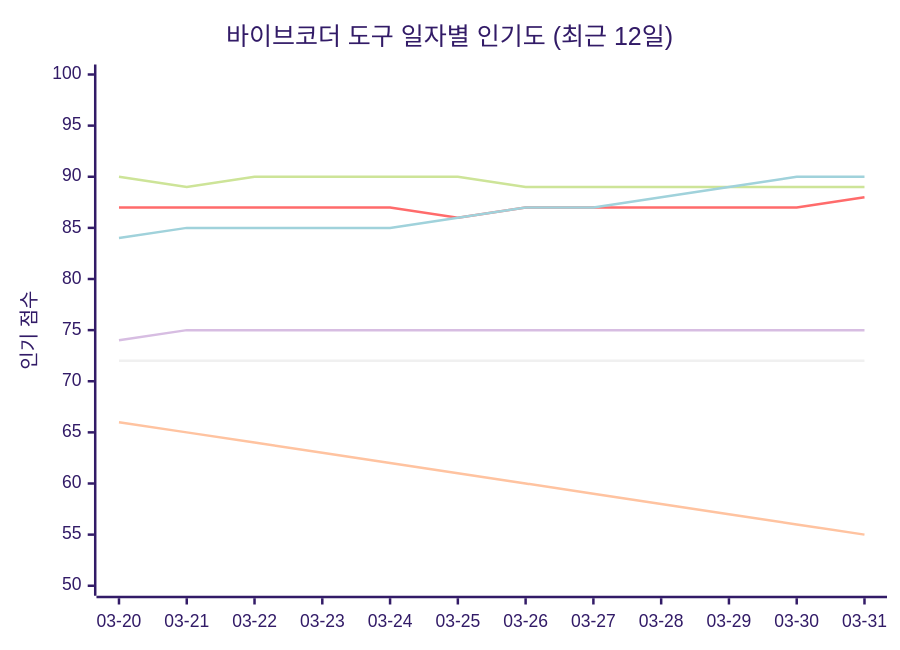
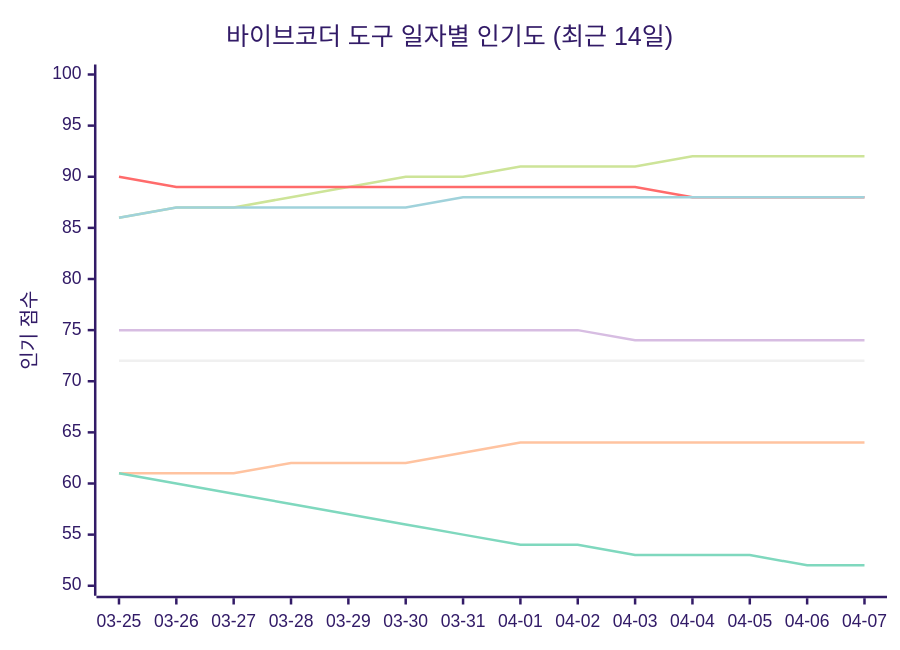
The seventh of 11 diagrams in README_ko.md (Lazere4385/ai-whatchelin), drawn with Mermaid (forest theme) before and after one commit. The commit also changed other lines of this file and 2 other files, not shown here.

````diff
--- a/README_ko.md
+++ b/README_ko.md
@@ -510,12 +519,13 @@
 ```mermaid
 xychart-beta
-    title "바이브코더 도구 일자별 인기도 (최근 12일)"
-    x-axis ["03-20", "03-21", "03-22", "03-23", "03-24", "03-25", "03-26", "03-27", "03-28", "03-29", "03-30", "03-31"]
+    title "바이브코더 도구 일자별 인기도 (최근 14일)"
+    x-axis ["03-25", "03-26", "03-27", "03-28", "03-29", "03-30", "03-31", "04-01", "04-02", "04-03", "04-04", "04-05", "04-06", "04-07"]
     y-axis "인기 점수" 50 --> 100
-    line "GH Copilot" [90, 89, 90, 90, 90, 90, 89, 89, 89, 89, 89, 89]
-    line "Cursor" [87, 87, 87, 87, 87, 86, 87, 87, 87, 87, 87, 88]
-    line "Claude Code" [84, 85, 85, 85, 85, 86, 87, 87, 88, 89, 90, 90]
-    line "Windsurf" [74, 75, 75, 75, 75, 75, 75, 75, 75, 75, 75, 75]
-    line "Codex CLI" [72, 72, 72, 72, 72, 72, 72, 72, 72, 72, 72, 72]
-    line "Antigravity" [66, 65, 64, 63, 62, 61, 60, 59, 58, 57, 56, 55]
+    line "Claude Code" [86, 87, 87, 88, 89, 90, 90, 91, 91, 91, 92, 92, 92, 92]
+    line "GH Copilot" [90, 89, 89, 89, 89, 89, 89, 89, 89, 89, 88, 88, 88, 88]
+    line "Cursor" [86, 87, 87, 87, 87, 87, 88, 88, 88, 88, 88, 88, 88, 88]
+    line "Windsurf" [75, 75, 75, 75, 75, 75, 75, 75, 75, 74, 74, 74, 74, 74]
+    line "Codex CLI" [72, 72, 72, 72, 72, 72, 72, 72, 72, 72, 72, 72, 72, 72]
+    line "Gemini CLI" [61, 61, 61, 62, 62, 62, 63, 64, 64, 64, 64, 64, 64, 64]
+    line "Antigravity" [61, 60, 59, 58, 57, 56, 55, 54, 54, 53, 53, 53, 52, 52]
 ```
````
